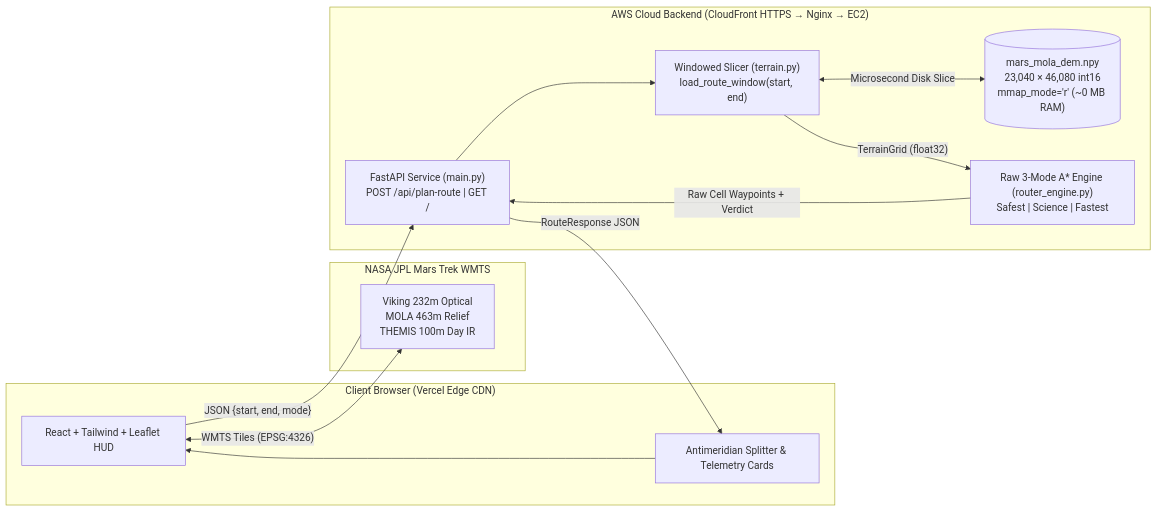
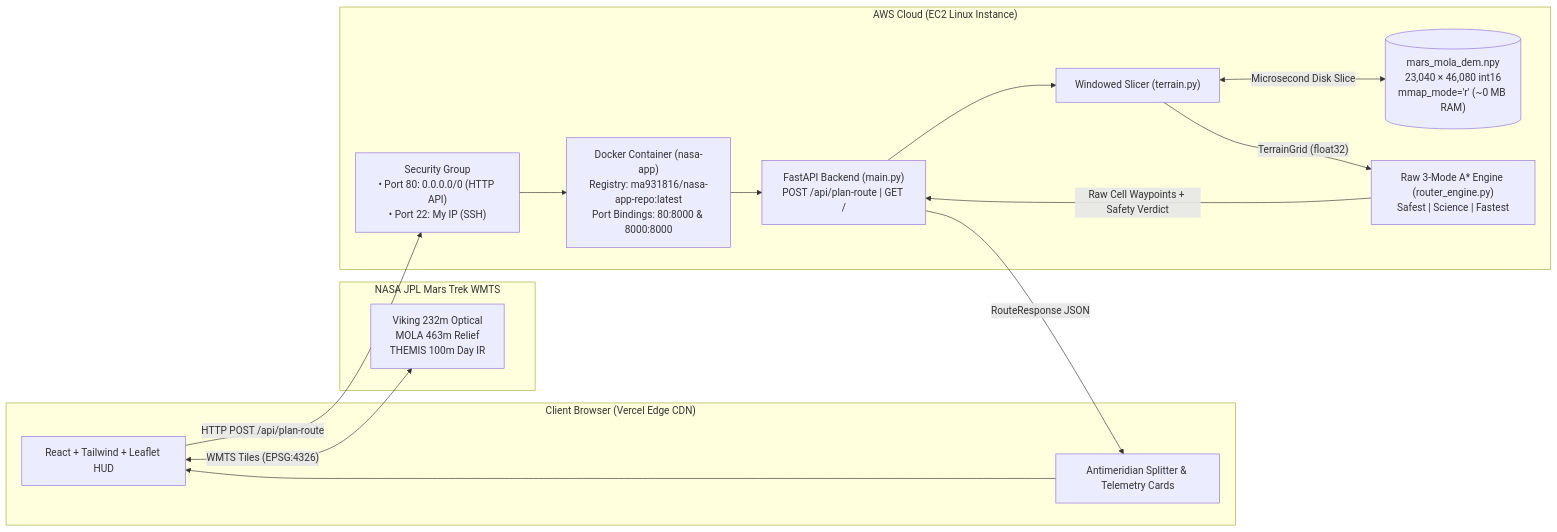
Before and after one commit to qaribalinaqvi/mission-mar-1: the diagram in README.md, drawn with Mermaid. The commit also changed other lines of this file, not shown here.

````diff
--- a/README.md
+++ b/README.md
@@ -42,27 +40,31 @@
 ```mermaid
 flowchart LR
     subgraph User_Browser ["Client Browser (Vercel Edge CDN)"]
         UI["React + Tailwind + Leaflet HUD"]
         Geo["Antimeridian Splitter & Telemetry Cards"]
     end
 
     subgraph NASA_CDN ["NASA JPL Mars Trek WMTS"]
         Tiles["Viking 232m Optical\nMOLA 463m Relief\nTHEMIS 100m Day IR"]
     end
 
-    subgraph AWS_Cloud ["AWS Cloud Backend (CloudFront HTTPS → Nginx → EC2)"]
-        API["FastAPI Service (main.py)\nPOST /api/plan-route | GET /"]
-        Slicer["Windowed Slicer (terrain.py)\nload_route_window(start, end)"]
+    subgraph AWS_Cloud ["AWS Cloud (EC2 Linux Instance)"]
+        SG["Security Group\n• Port 80: 0.0.0.0/0 (HTTP API)\n• Port 22: My IP (SSH)"]
+        Docker["Docker Container (nasa-app)\nRegistry: ma931816/nasa-app-repo:latest\nPort Bindings: 80:8000 & 8000:8000"]
+        API["FastAPI Backend (main.py)\nPOST /api/plan-route | GET /"]
+        Slicer["Windowed Slicer (terrain.py)"]
         MMap[("mars_mola_dem.npy\n23,040 × 46,080 int16\nmmap_mode='r' (~0 MB RAM)")]
         AStar["Raw 3-Mode A* Engine (router_engine.py)\nSafest | Science | Fastest"]
     end
 
     UI <-->|"WMTS Tiles (EPSG:4326)"| Tiles
-    UI -->|"JSON {start, end, mode}"| API
+    UI -->|"HTTP POST /api/plan-route"| SG
+    SG --> Docker
+    Docker --> API
     API --> Slicer
     Slicer <-->|"Microsecond Disk Slice"| MMap
     Slicer -->|"TerrainGrid (float32)"| AStar
-    AStar -->|"Raw Cell Waypoints + Verdict"| API
+    AStar -->|"Raw Cell Waypoints + Safety Verdict"| API
     API -->|"RouteResponse JSON"| Geo
     Geo --> UI
 ```
````
